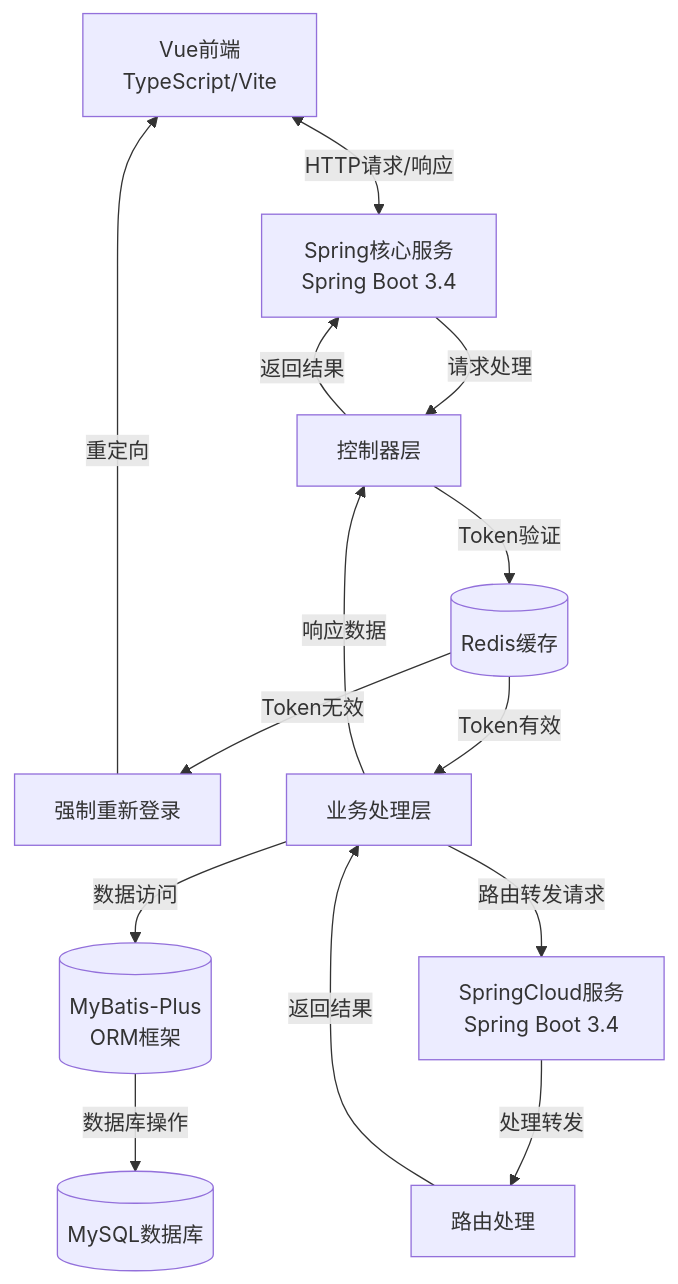
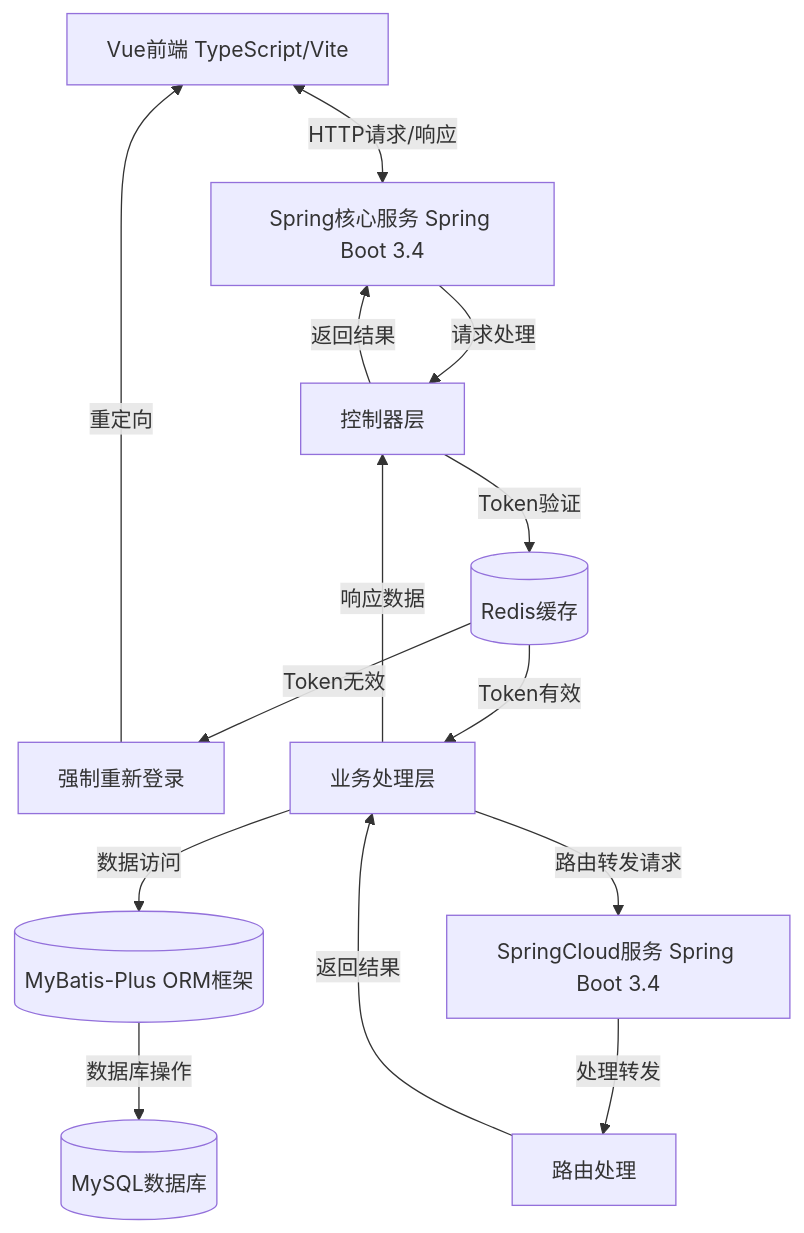
Before and after one commit to DavidHLP/PortalSystem: the diagram in README.md, drawn with Mermaid. The commit also changed other lines of this file and 4 other files, not shown here.

````diff
--- a/README.md
+++ b/README.md
@@ -72,23 +56,20 @@
 ```mermaid
 graph TD
-    A[Vue前端\nTypeScript/Vite] <-->|HTTP请求/响应| B[Spring核心服务
-    Spring Boot 3.4]
+    A[Vue前端 TypeScript/Vite] <-->|HTTP请求/响应| B[Spring核心服务 Spring Boot 3.4]
     B -->|请求处理| C[控制器层]
     C -->|Token验证| D[(Redis缓存)]
 
     D -->|Token无效| E[强制重新登录]
     E -->|重定向| A
 
     D -->|Token有效| F[业务处理层]
-    F -->|数据访问| G[(MyBatis-Plus
-    ORM框架)]
+    F -->|数据访问| G[(MyBatis-Plus ORM框架)]
     G -->|数据库操作| H[(MySQL数据库)]
 
-    F -->|路由转发请求| I[SpringCloud服务
-    Spring Boot 3.4]
+    F -->|路由转发请求| I[SpringCloud服务 Spring Boot 3.4]
     I -->|处理转发| J[路由处理]
     J -->|返回结果| F
 
     F -->|响应数据| C
     C -->|返回结果| B
 ```
````
